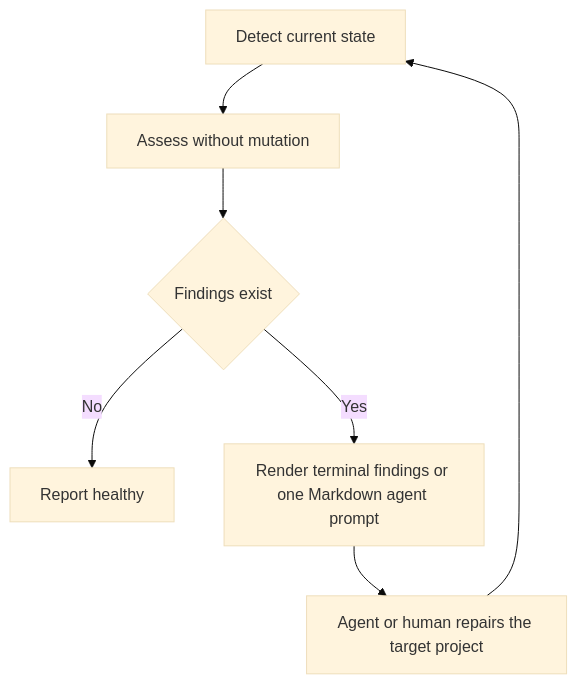
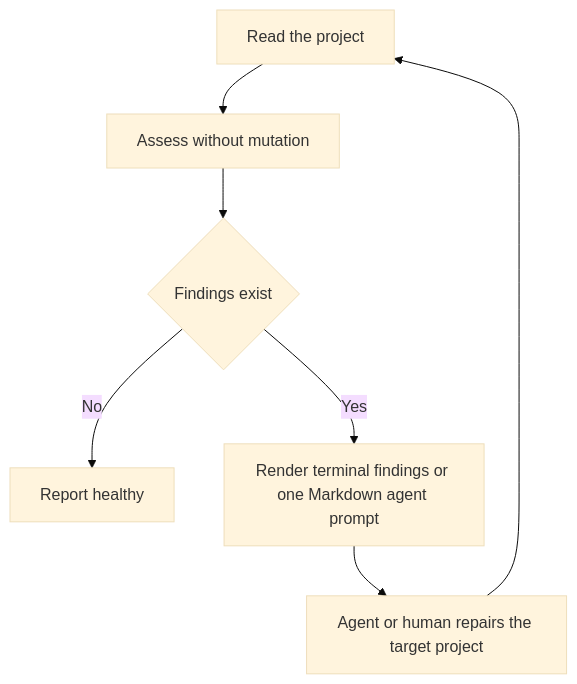
The diagram in docs/architecture.md (adelrodriguez/adamantite), drawn with Mermaid (base theme) before and after one commit. The commit also changed other lines of this file and 3 other files, not shown here.

````diff
--- a/docs/architecture.md
+++ b/docs/architecture.md
@@ -81,9 +81,9 @@
 ```mermaid
 flowchart TD
-  A[Detect current state] --> B[Assess without mutation]
+  A[Read the project] --> B[Assess without mutation]
   B --> C{Findings exist}
   C -->|No| D[Report healthy]
   C -->|Yes| E[Render terminal findings or one Markdown agent prompt]
   E --> F[Agent or human repairs the target project]
   F --> A
 ```
````
